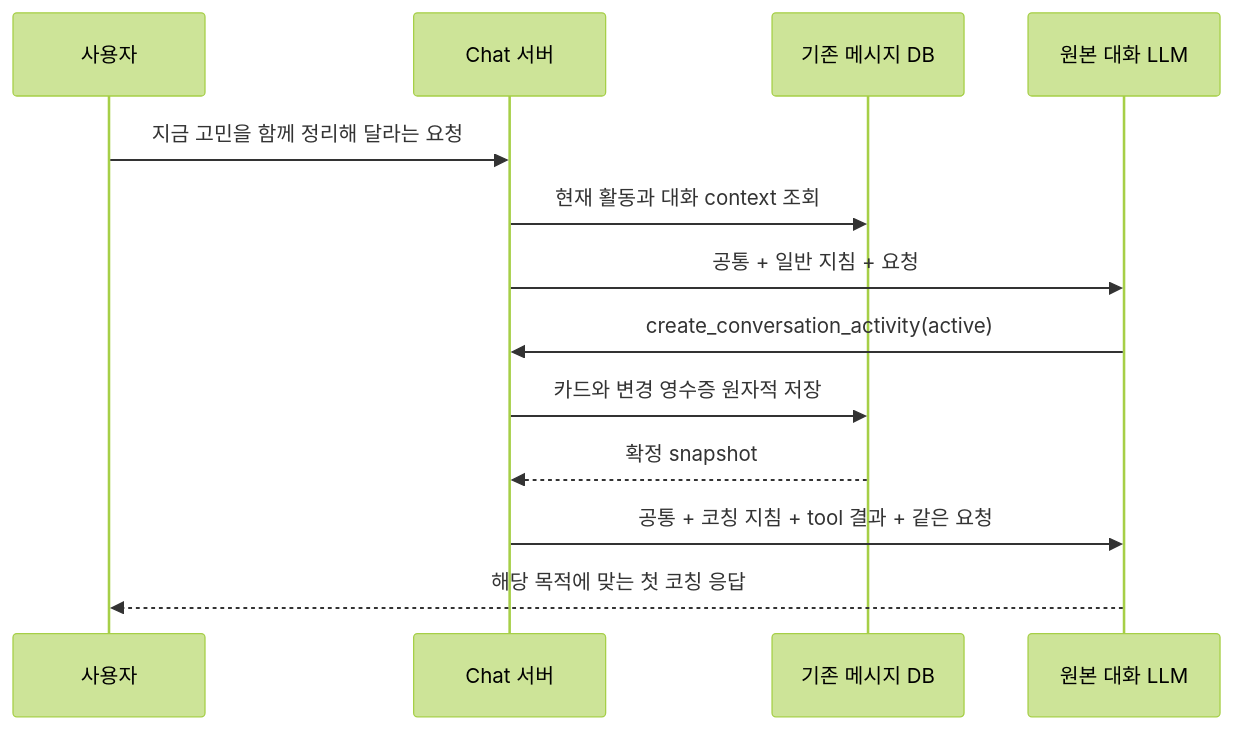
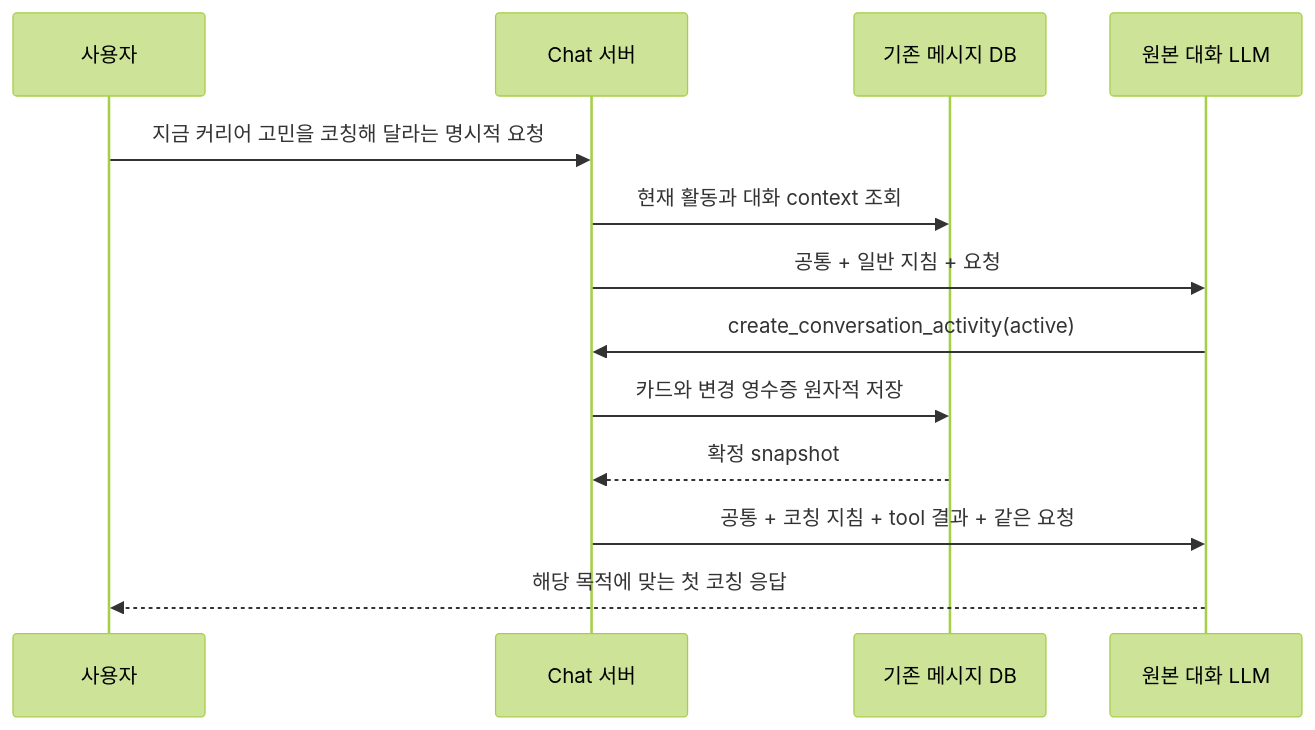
One commit to matchharper/harper_beta changed the diagram in docs/career-coaching-continuity-implementation-plan-ko.md. Above: the diagram before and after it, drawn with Mermaid (forest theme). The commit also changed other lines of this file, not shown here.

```diff
--- a/docs/career-coaching-continuity-implementation-plan-ko.md
+++ b/docs/career-coaching-continuity-implementation-plan-ko.md
@@ -401,15 +416,15 @@
 ~~~mermaid
 sequenceDiagram
     participant U as 사용자
     participant S as Chat 서버
     participant D as 기존 메시지 DB
     participant M as 원본 대화 LLM
-    U->>S: 지금 고민을 함께 정리해 달라는 요청
+    U->>S: 지금 커리어 고민을 코칭해 달라는 명시적 요청
     S->>D: 현재 활동과 대화 context 조회
     S->>M: 공통 + 일반 지침 + 요청
     M->>S: create_conversation_activity(active)
     S->>D: 카드와 변경 영수증 원자적 저장
     D-->>S: 확정 snapshot
     S->>M: 공통 + 코칭 지침 + tool 결과 + 같은 요청
     M-->>U: 해당 목적에 맞는 첫 코칭 응답
 ~~~
```
